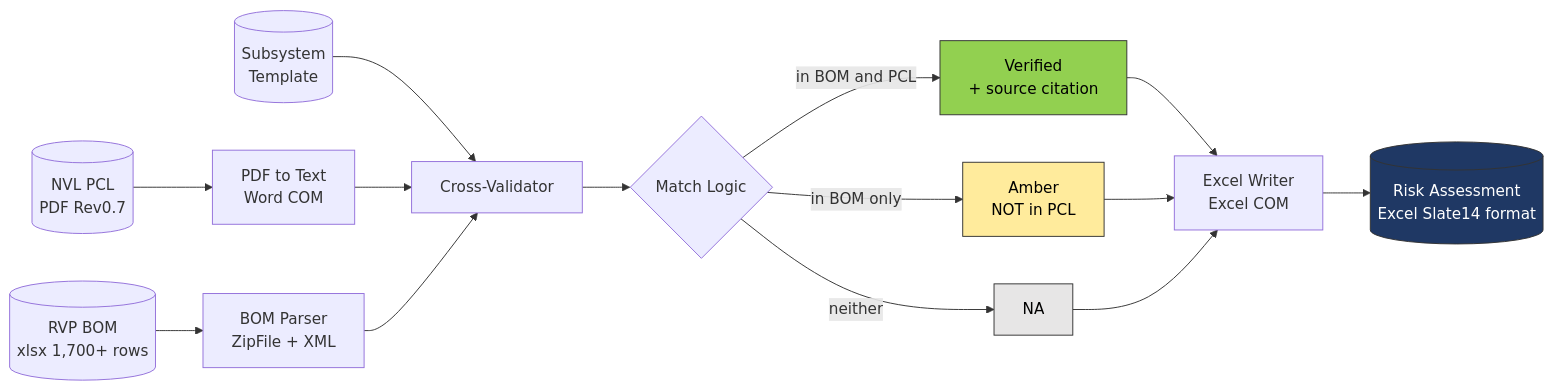
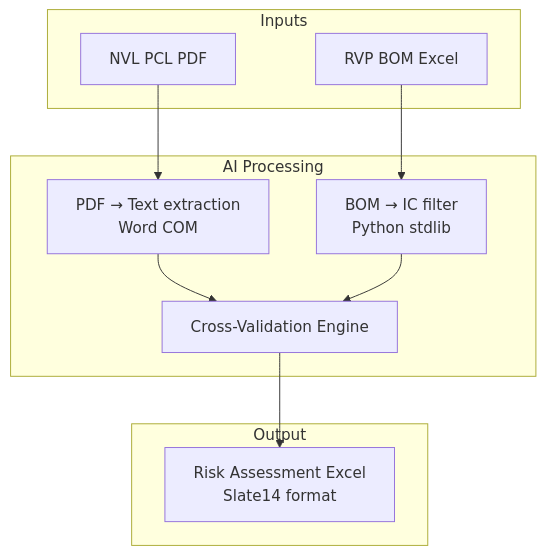
One commit to billhsie/BOM_Risk_Assessment changed the second of 3 diagrams in .github/skills/bom-risk/README.md. Above: the diagram before and after it, drawn with Mermaid. The commit also changed other lines of this file and 1 other file, not shown here.

Commit message:
Rewrite README: high-level professional format with EN/CN toggle

````diff
--- a/.github/skills/bom-risk/README.md
+++ b/.github/skills/bom-risk/README.md
@@ -61,21 +64,19 @@
 ```mermaid
-flowchart LR
-    A[("NVL PCL<br/>PDF Rev0.7")] --> P1[PDF to Text<br/>Word COM]
-    B[("RVP BOM<br/>xlsx 1,700+ rows")] --> P2[BOM Parser<br/>ZipFile + XML]
-    C[("Subsystem<br/>Template")] --> M[Cross-Validator]
-    P1 --> M
-    P2 --> M
-    M --> D{Match Logic}
-    D -->|in BOM and PCL| V["Verified<br/>+ source citation"]
-    D -->|in BOM only| W["Amber<br/>NOT in PCL"]
-    D -->|neither| N["NA"]
-    V --> O[Excel Writer<br/>Excel COM]
-    W --> O
-    N --> O
-    O --> R[("Risk Assessment<br/>Excel Slate14 format")]
+flowchart TD
+    subgraph Inputs
+        PCL[NVL PCL PDF]
+        BOM[RVP BOM Excel]
+    end
+    subgraph AI Processing
+        P1[PDF → Text extraction<br/>Word COM]
+        P2[BOM → IC filter<br/>Python stdlib]
+        V[Cross-Validation Engine]
+    end
+    subgraph Output
+        XL[Risk Assessment Excel<br/>Slate14 format]
+    end
 
-    style V fill:#92D050,stroke:#333,color:#000
-    style W fill:#FFEB9C,stroke:#333,color:#000
-    style N fill:#E7E6E6,stroke:#333,color:#000
-    style R fill:#1F3864,stroke:#333,color:#fff
+    PCL --> P1 --> V
+    BOM --> P2 --> V
+    V --> XL
 ```
````
